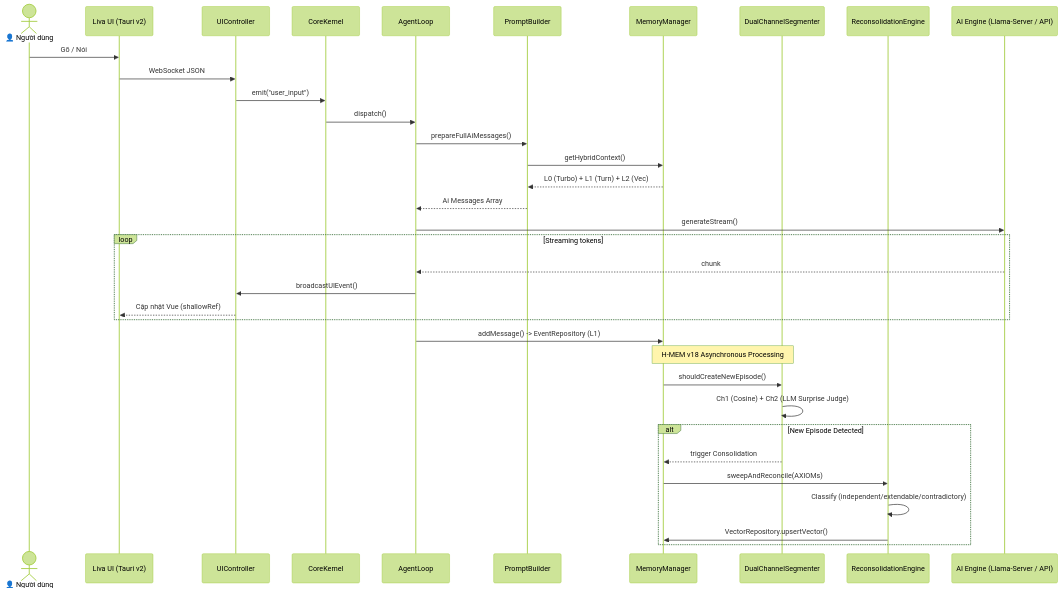
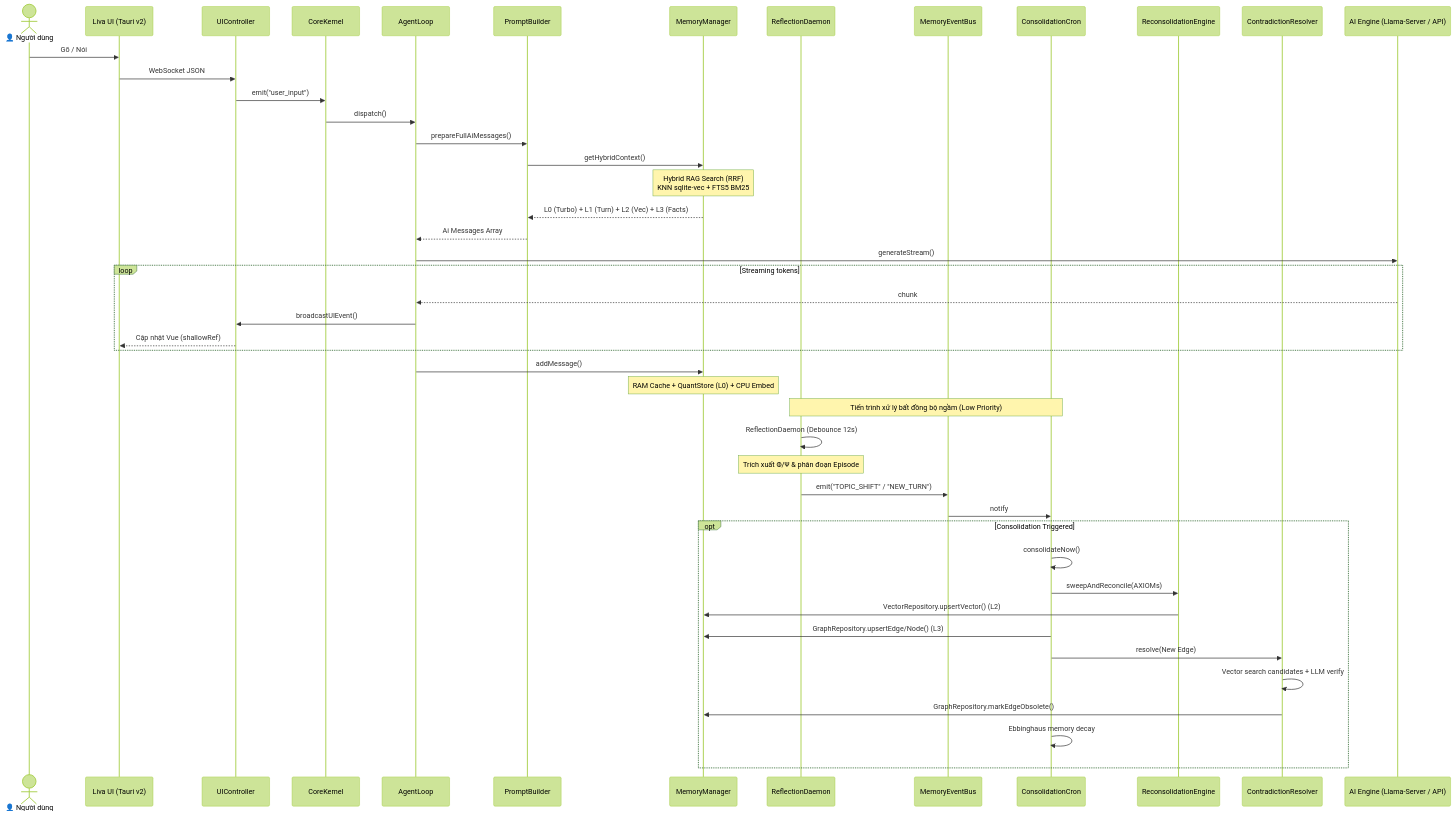
Before and after one commit to DuongNAD/LIVA: the second of 4 diagrams in docs/codebase_architecture.md, drawn with Mermaid (forest theme). The commit also changed other lines of this file and 52 other files, not shown here.

Commit message:
feat: upgrade memory architecture to LIVA-UHM & optimize memory stress benchmark

````diff
--- a/docs/codebase_architecture.md
+++ b/docs/codebase_architecture.md
@@ -146,44 +163,56 @@
 ```mermaid
 sequenceDiagram
     actor User as 👤 Người dùng
     participant UI as Liva UI (Tauri v2)
     participant WS as UIController
     participant CK as CoreKernel
     participant AL as AgentLoop
     participant PB as PromptBuilder
     participant MM as MemoryManager
-    participant DS as DualChannelSegmenter
+    participant RD as ReflectionDaemon
+    participant ME as MemoryEventBus
+    participant CC as ConsolidationCron
     participant RE as ReconsolidationEngine
+    participant CR as ContradictionResolver
     participant AI as AI Engine (Llama-Server / API)
 
     User->>UI: Gõ / Nói
     UI->>WS: WebSocket JSON
     WS->>CK: emit("user_input")
     CK->>AL: dispatch()
     
     AL->>PB: prepareFullAiMessages()
     PB->>MM: getHybridContext()
-    MM-->>PB: L0 (Turbo) + L1 (Turn) + L2 (Vec)
+    Note over MM: Hybrid RAG Search (RRF)<br/>KNN sqlite-vec + FTS5 BM25
+    MM-->>PB: L0 (Turbo) + L1 (Turn) + L2 (Vec) + L3 (Facts)
     PB-->>AL: Ai Messages Array
     
     AL->>AI: generateStream()
     
     loop Streaming tokens
         AI-->>AL: chunk
         AL->>WS: broadcastUIEvent()
         WS-->>UI: Cập nhật Vue (shallowRef)
     end
     
-    AL->>MM: addMessage() -> EventRepository (L1)
+    AL->>MM: addMessage()
+    Note over MM: RAM Cache + QuantStore (L0) + CPU Embed
     
-    %% Dual Channel Segmentation Process
-    Note over MM, DS: H-MEM v18 Asynchronous Processing
-    MM->>DS: shouldCreateNewEpisode()
-    DS->>DS: Ch1 (Cosine) + Ch2 (LLM Surprise Judge)
-    alt New Episode Detected
-        DS-->>MM: trigger Consolidation
-        MM->>RE: sweepAndReconcile(AXIOMs)
-        RE->>RE: Classify (independent/extendable/contradictory)
-        RE->>MM: VectorRepository.upsertVector()
+    %% Asynchronous Processing
+    Note over RD, CC: Tiến trình xử lý bất đồng bộ ngầm (Low Priority)
+    RD->>RD: ReflectionDaemon (Debounce 12s)
+    Note over RD: Trích xuất Φ/Ψ & phân đoạn Episode
+    RD->>ME: emit("TOPIC_SHIFT" / "NEW_TURN")
+    ME->>CC: notify
+    
+    opt Consolidation Triggered
+        CC->>CC: consolidateNow()
+        CC->>RE: sweepAndReconcile(AXIOMs)
+        RE->>MM: VectorRepository.upsertVector() (L2)
+        CC->>MM: GraphRepository.upsertEdge/Node() (L3)
+        CC->>CR: resolve(New Edge)
+        CR->>CR: Vector search candidates + LLM verify
+        CR->>MM: GraphRepository.markEdgeObsolete()
+        CC->>CC: Ebbinghaus memory decay
     end
 ```
````
